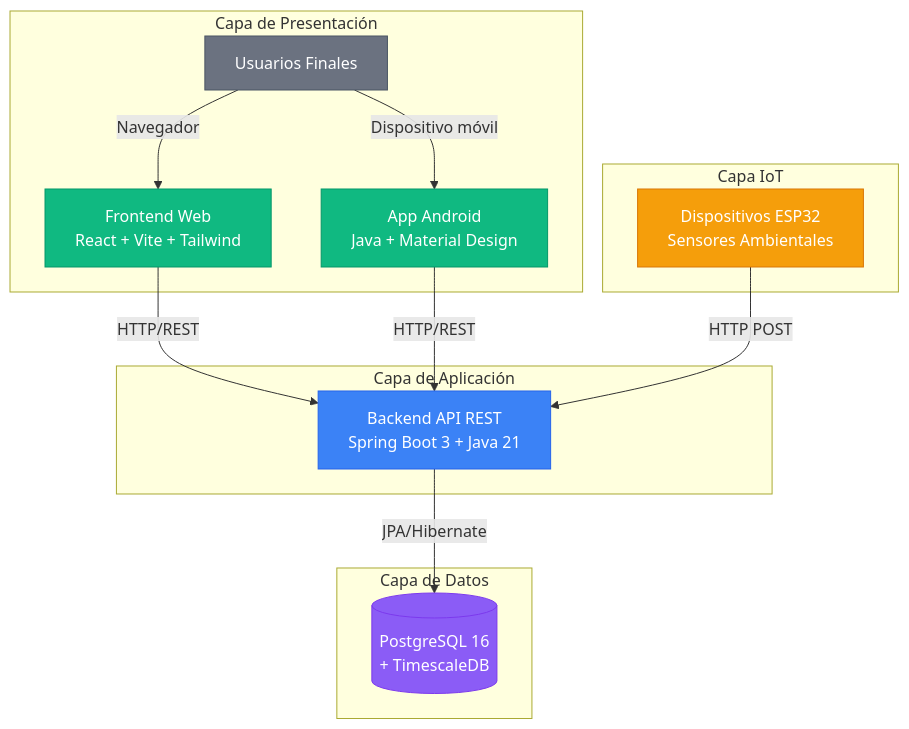
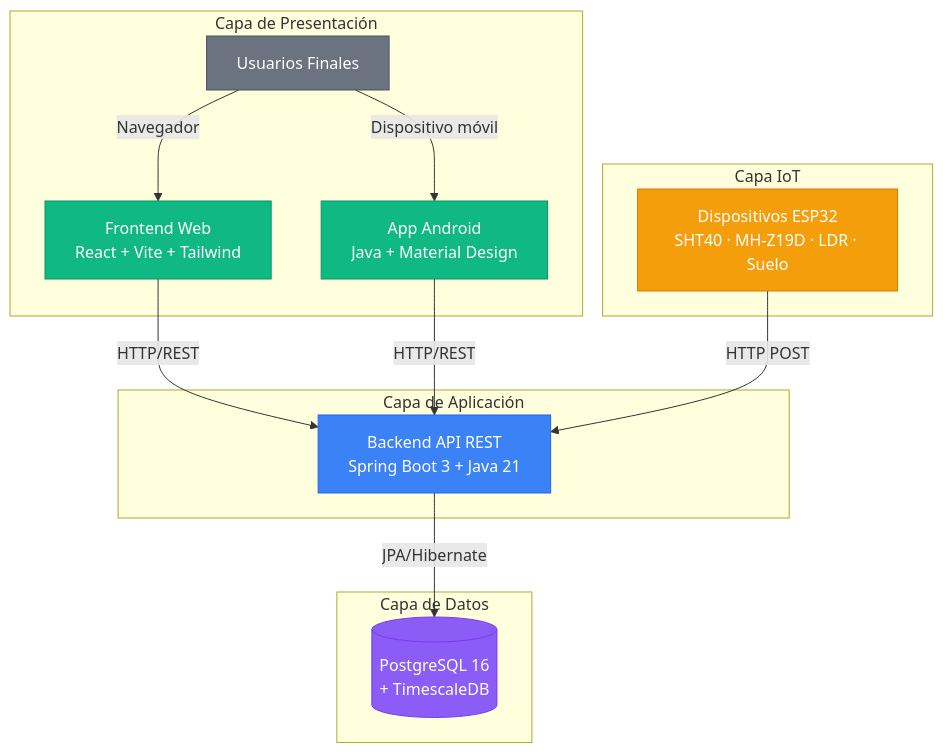
One commit to riordi80/vocational-training-final-project changed the diagram in docs/03. ESPECIFICACION_TECNICA.md. Above: the diagram before and after it, drawn with Mermaid. The commit also changed other lines of this file and 4 other files, not shown here.

````diff
--- a/docs/03. ESPECIFICACION_TECNICA.md
+++ b/docs/03. ESPECIFICACION_TECNICA.md
@@ -53,34 +53,34 @@
 ```mermaid
 graph TB
     subgraph Capa de Presentación
         USER[Usuarios Finales]
         WEB[Frontend Web<br/>React + Vite + Tailwind]
         ANDROID[App Android<br/>Java + Material Design]
     end
 
     subgraph Capa de Aplicación
         API[Backend API REST<br/>Spring Boot 3 + Java 21]
     end
 
     subgraph Capa de Datos
         DB[(PostgreSQL 16<br/>+ TimescaleDB)]
     end
 
     subgraph Capa IoT
-        ESP32[Dispositivos ESP32<br/>Sensores Ambientales]
+        ESP32[Dispositivos ESP32<br/>SHT40 · MH-Z19D · LDR · Suelo]
     end
 
     USER -->|Navegador| WEB
     USER -->|Dispositivo móvil| ANDROID
     WEB -->|HTTP/REST| API
     ANDROID -->|HTTP/REST| API
     ESP32 -->|HTTP POST| API
     API -->|JPA/Hibernate| DB
 
     style WEB fill:#10b981,stroke:#059669,color:#fff
     style ANDROID fill:#10b981,stroke:#059669,color:#fff
     style API fill:#3b82f6,stroke:#2563eb,color:#fff
     style DB fill:#8b5cf6,stroke:#7c3aed,color:#fff
     style ESP32 fill:#f59e0b,stroke:#d97706,color:#fff
     style USER fill:#6b7280,stroke:#4b5563,color:#fff
 ```
````
